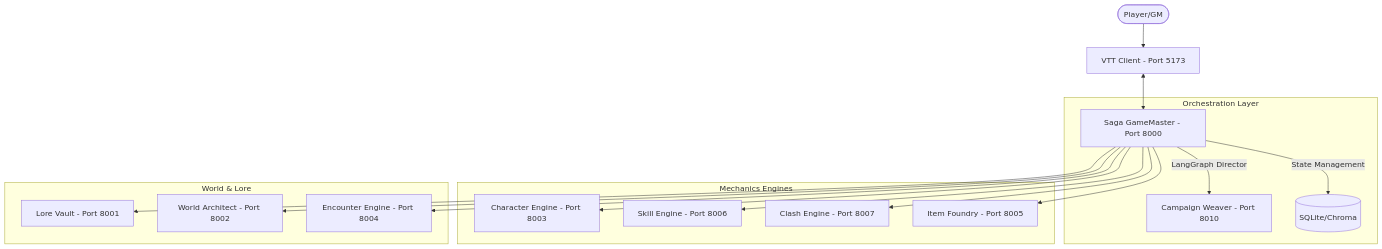
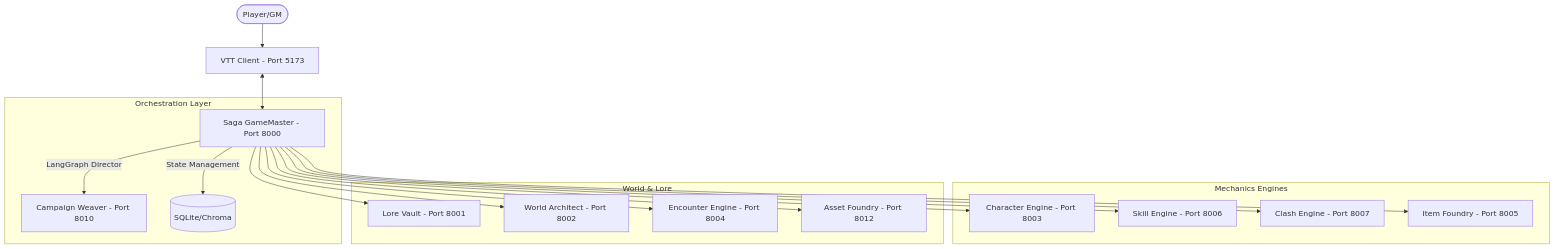
One commit to kliffdafunkfacekilla-arch/TALEWEAVERS2 changed the diagram in ARCHITECTURE.md. Above: the diagram before and after it, drawn with Mermaid. The commit also changed other lines of this file and 2061 other files, not shown here.

Commit message:
feat: introduce core data models and AI narration graph for game state management and action resolution.

````diff
--- a/ARCHITECTURE.md
+++ b/ARCHITECTURE.md
@@ -9,23 +9,24 @@
 ```mermaid
 graph TD
     User([Player/GM]) --> VTT[VTT Client - Port 5173]
     VTT <--> GM[Saga GameMaster - Port 8000]
     
     subgraph "Orchestration Layer"
         GM -- "LangGraph Director" --> CW[Campaign Weaver - Port 8010]
         GM -- "State Management" --> DB[(SQLite/Chroma)]
     end
     
     subgraph "Mechanics Engines"
         GM --> CE[Character Engine - Port 8003]
         GM --> SK[Skill Engine - Port 8006]
         GM --> CL[Clash Engine - Port 8007]
         GM --> IE[Item Foundry - Port 8005]
     end
     
     subgraph "World & Lore"
         GM --> LV[Lore Vault - Port 8001]
         GM --> WA[World Architect - Port 8002]
         GM --> ENC[Encounter Engine - Port 8004]
+        GM --> AF[Asset Foundry - Port 8012]
     end
 ```
````
